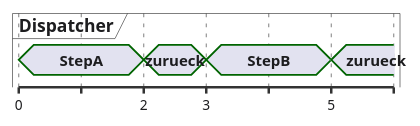
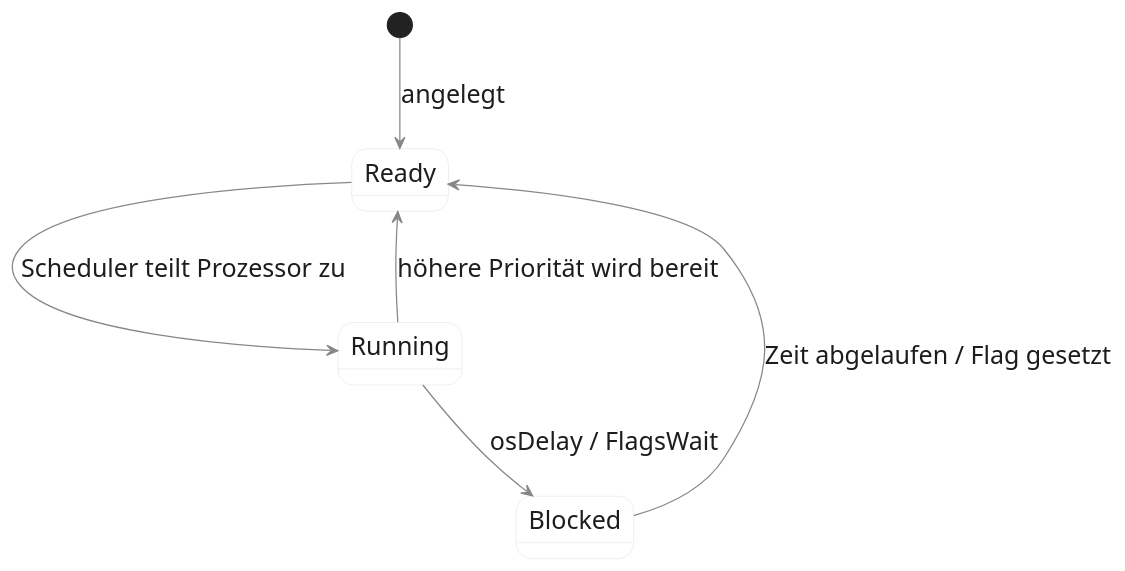
Before and after one commit to dantschi/echtzeitsysteme: the second of 8 diagrams in vorlesungen/03_einfuehrung-rtos.qmd, drawn with PlantUML. The commit also changed other lines of this file and 4 other files, not shown here.

````diff
--- a/vorlesungen/03_einfuehrung-rtos.qmd
+++ b/vorlesungen/03_einfuehrung-rtos.qmd
@@ -45,23 +229,39 @@
 ```{.plantuml}
 @startuml
 skinparam backgroundColor transparent
 skinparam defaultFontName "Inter, sans-serif"
 skinparam defaultFontColor #1D1D1F
 skinparam ArrowColor #86868B
+skinparam NoteBackgroundColor #F5F5F7
+skinparam NoteBorderColor #E5E5EA
+skinparam defaultFontSize 20
+<style>
+timingDiagram {
+  FontName SansSerif
+  robust {
+    LineColor #E2001A
+    BackgroundColor #FFFFFF
+    FontColor #1D1D1F
+  }
+  concise {
+    LineColor #86868B
+    BackgroundColor #FFFFFF
+    FontColor #1D1D1F
+  }
+}
+</style>
 skinparam timing {
   BackgroundColor #FFFFFF
   BorderColor #E5E5EA
   LineColor #1D1D1F
   SignalColor #E2001A
 }
-concise "Dispatcher" as D
-@0
-D is StepA
-@2
-D is zurueck
-@3
-D is StepB
-@5
-D is zurueck
+skinparam StateBackgroundColor #FFFFFF
+skinparam StateBorderColor #E5E5EA
+[*] --> Ready : angelegt
+Ready --> Running : Scheduler teilt Prozessor zu
+Running --> Ready : höhere Priorität wird bereit
+Running --> Blocked : osDelay / FlagsWait
+Blocked --> Ready : Zeit abgelaufen / Flag gesetzt
 @enduml
 ```
````
